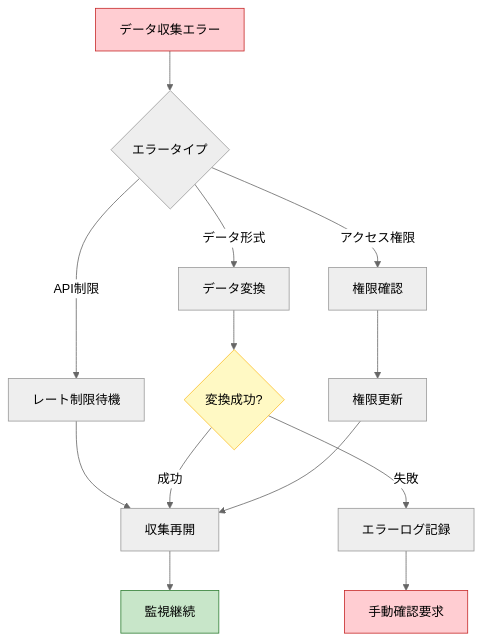
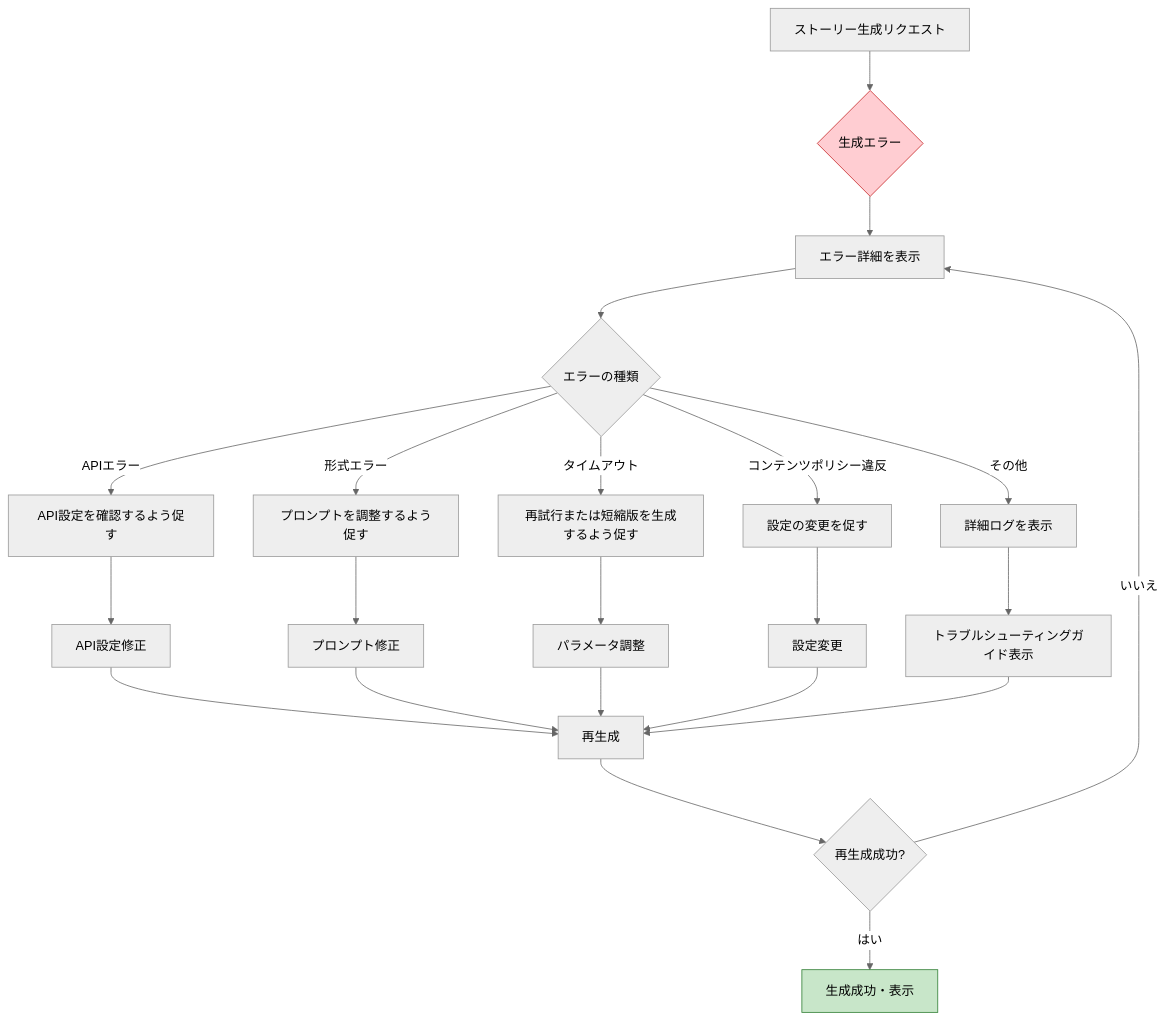
The ninth of 9 diagrams in docs/APP_FLOW.md (NewAITees/FableMaze), drawn with Mermaid (neutral theme) before and after one commit. The commit also changed other lines of this file and 6 other files, not shown here.

````diff
--- a/docs/APP_FLOW.md
+++ b/docs/APP_FLOW.md
@@ -766,23 +382,31 @@
 ```mermaid
 flowchart TD
-    A[データ収集エラー] --> B{エラータイプ}
-    B -->|API制限| C[レート制限待機]
-    B -->|データ形式| D[データ変換]
-    B -->|アクセス権限| E[権限確認]
+    A[ストーリー生成リクエスト] --> B{生成エラー}
+    B --> C[エラー詳細を表示]
+    C --> D{エラーの種類}
     
-    C --> F[収集再開]
-    D --> G{変換成功?}
-    G -->|成功| F
-    G -->|失敗| H[エラーログ記録]
+    D -->|APIエラー| E[API設定を確認するよう促す]
+    D -->|形式エラー| F[プロンプトを調整するよう促す]
+    D -->|タイムアウト| G[再試行または短縮版を生成するよう促す]
+    D -->|コンテンツポリシー違反| H[設定の変更を促す]
+    D -->|その他| I[詳細ログを表示]
     
-    E --> I[権限更新]
-    I --> F
+    E --> J[API設定修正]
+    F --> K[プロンプト修正]
+    G --> L[パラメータ調整]
+    H --> M[設定変更]
+    I --> N[トラブルシューティングガイド表示]
     
-    F --> J[監視継続]
-    H --> K[手動確認要求]
+    J --> O[再生成]
+    K --> O
+    L --> O
+    M --> O
+    N --> O
     
-    style A fill:#ffcdd2,stroke:#c62828
-    style G fill:#fff9c4,stroke:#fbc02d
-    style J fill:#c8e6c9,stroke:#2e7d32
-    style K fill:#ffcdd2,stroke:#c62828
+    O --> P{再生成成功?}
+    P -->|はい| Q[生成成功・表示]
+    P -->|いいえ| C
+    
+    style B fill:#ffcdd2,stroke:#c62828
+    style Q fill:#c8e6c9,stroke:#2e7d32
 ```
````
